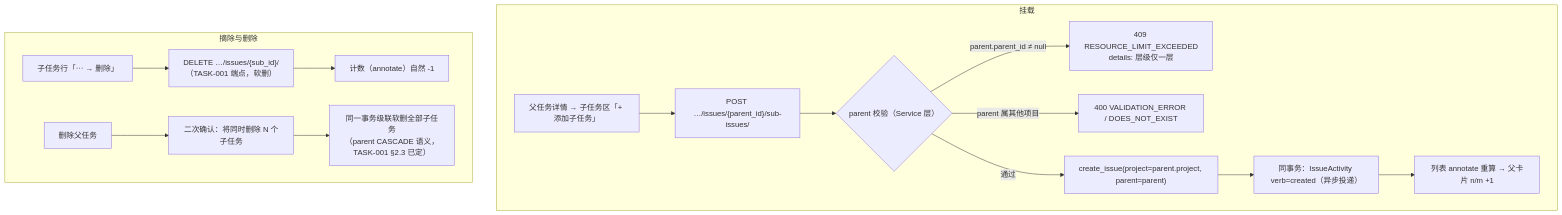
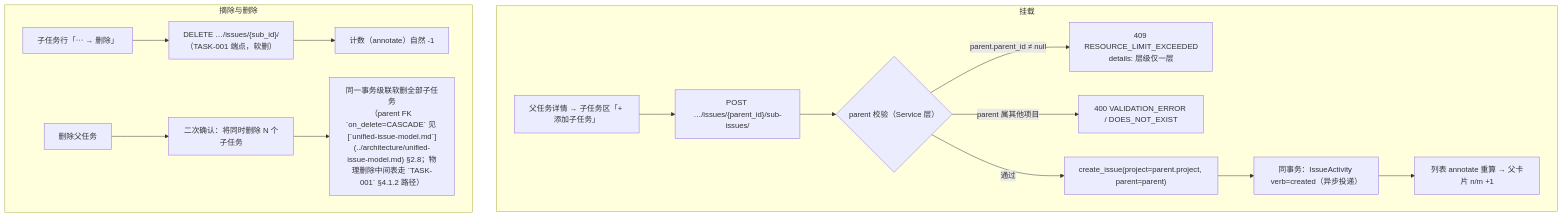
Before and after one commit to RabbitAI-Lab/RabbitProjects: the second of 5 diagrams in docs/sprint-1-mvp/TASK-002-task-attributes.md, drawn with Mermaid. The commit also changed other lines of this file and 11 other files, not shown here.

````diff
--- a/docs/sprint-1-mvp/TASK-002-task-attributes.md
+++ b/docs/sprint-1-mvp/TASK-002-task-attributes.md
@@ -149,18 +151,18 @@
 ```mermaid
 flowchart TD
     subgraph 挂载
     A["父任务详情 → 子任务区「+ 添加子任务」"] --> B["POST …/issues/{parent_id}/sub-issues/"]
     B --> C{"parent 校验（Service 层）"}
     C -- "parent.parent_id ≠ null" --> C1["409 RESOURCE_LIMIT_EXCEEDED<br/>details: 层级仅一层"]
     C -- "parent 属其他项目" --> C2["400 VALIDATION_ERROR / DOES_NOT_EXIST"]
     C -- 通过 --> D["create_issue(project=parent.project, parent=parent)"]
     D --> E["同事务：IssueActivity verb=created（异步投递）"]
     E --> F["列表 annotate 重算 → 父卡片 n/m +1"]
     end
     subgraph 摘除与删除
     G["子任务行「⋯ → 删除」"] --> H["DELETE …/issues/{sub_id}/<br/>（TASK-001 端点，软删）"]
     H --> I["计数（annotate）自然 -1"]
     J["删除父任务"] --> K["二次确认：将同时删除 N 个子任务"]
-    K --> L["同一事务级联软删全部子任务<br/>（parent CASCADE 语义，TASK-001 §2.3 已定）"]
+    K --> L["同一事务级联软删全部子任务<br/>（parent FK `on_delete=CASCADE` 见 [`unified-issue-model.md`](../architecture/unified-issue-model.md) §2.8；物理删除中间表走 `TASK-001` §4.1.2 路径）"]
     end
 ```
````
